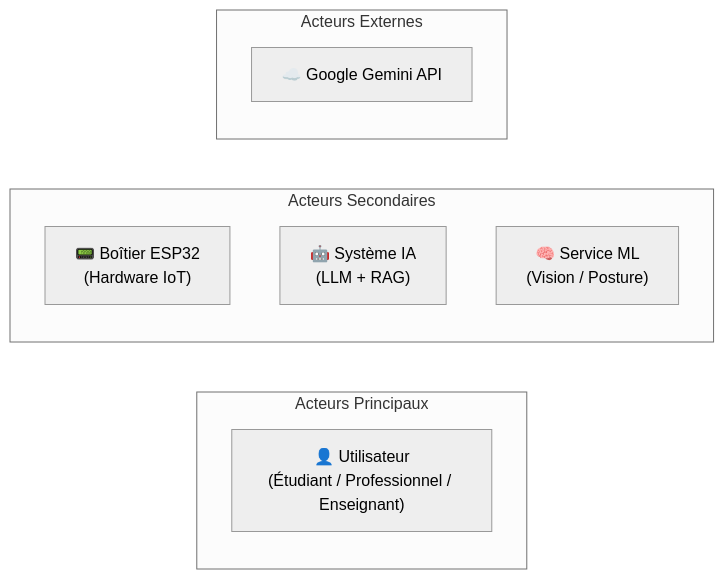
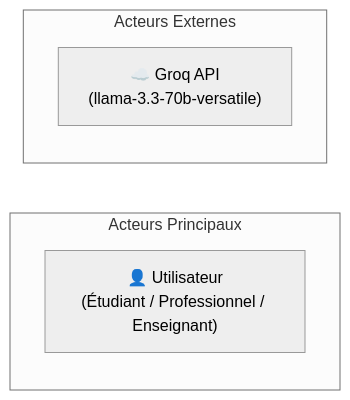
One commit to Jkacem/smart_focus changed the first of 12 diagrams in docs/Conception_CasUtilisation.md. Above: the diagram before and after it, drawn with Mermaid (neutral theme). The commit also changed other lines of this file and 93 other files, not shown here.

````diff
--- a/docs/Conception_CasUtilisation.md
+++ b/docs/Conception_CasUtilisation.md
@@ -11,16 +11,10 @@
 ```mermaid
 graph LR
     subgraph Acteurs Principaux
         U["👤 Utilisateur<br/>(Étudiant / Professionnel / Enseignant)"]
     end
 
-    subgraph Acteurs Secondaires
-        ESP["📟 Boîtier ESP32<br/>(Hardware IoT)"]
-        IA["🤖 Système IA<br/>(LLM + RAG)"]
-        ML["🧠 Service ML<br/>(Vision / Posture)"]
-    end
-
     subgraph Acteurs Externes
-        API_EXT["☁️ Google Gemini API"]
+        API_EXT["☁️ Groq API<br/>(llama-3.3-70b-versatile)"]
     end
 ```
````
